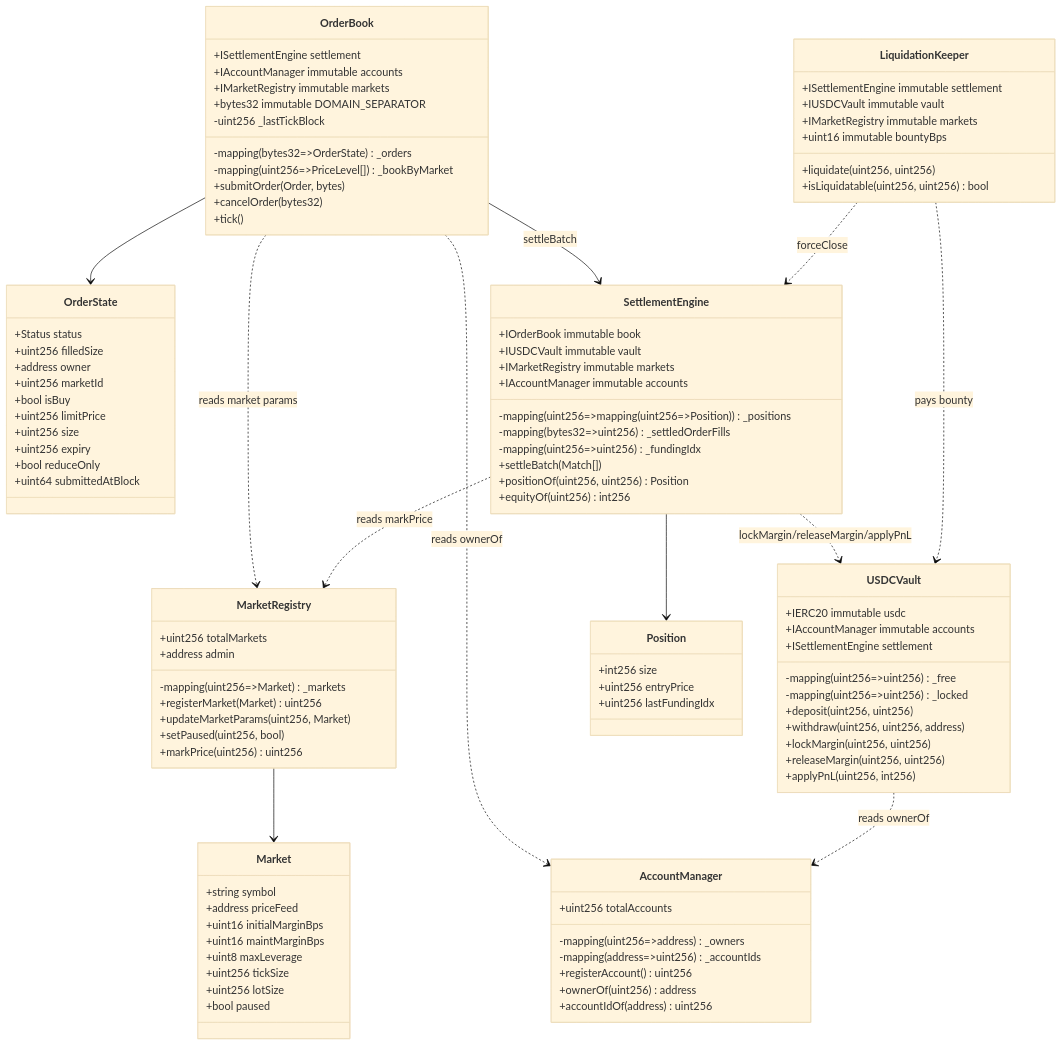
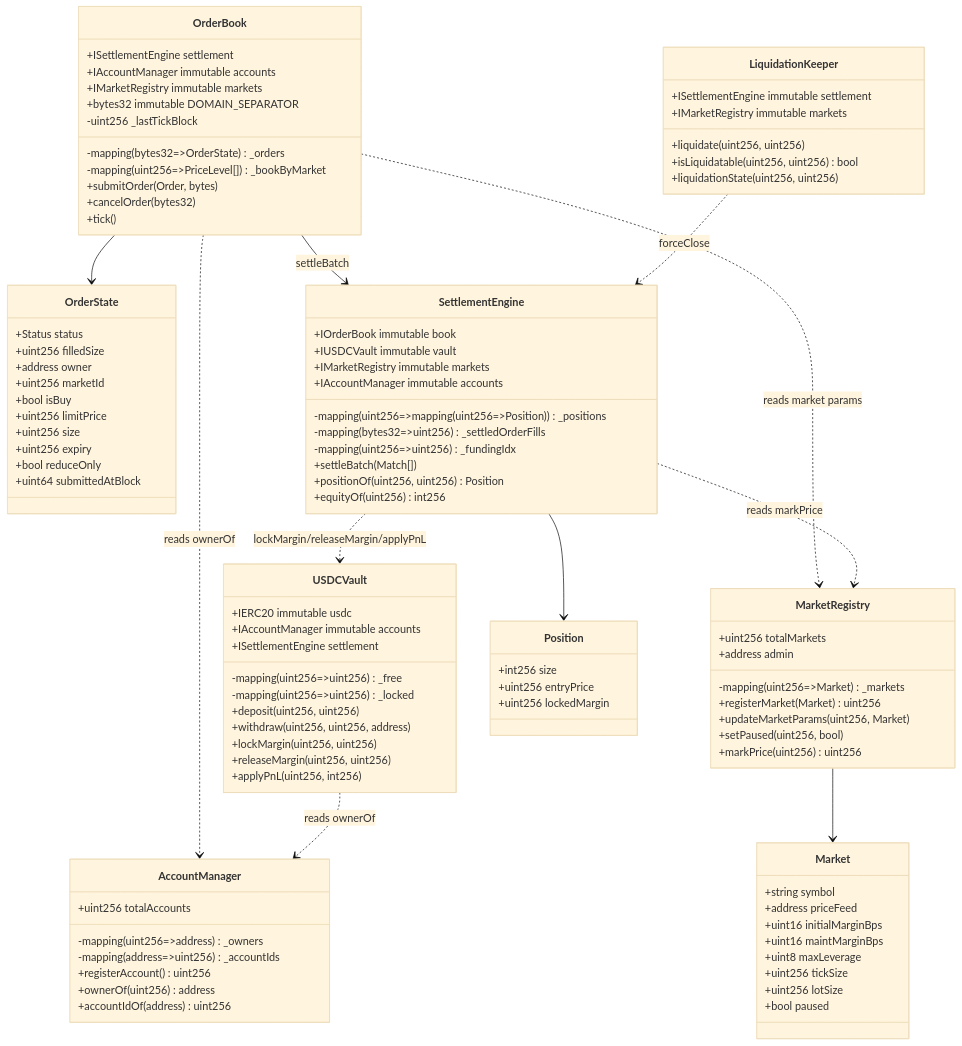
Before and after one commit to JagritGumber/tangent: the eighth of 9 diagrams in ARCHITECTURE.md, drawn with Mermaid (base theme). The commit also changed other lines of this file and 11 other files, not shown here.

Commit message:
Add minimal liquidation keeper

````diff
--- a/ARCHITECTURE.md
+++ b/ARCHITECTURE.md
@@ -511,16 +507,15 @@
     class Position {
         +int256 size
         +uint256 entryPrice
-        +uint256 lastFundingIdx
+        +uint256 lockedMargin
     }
 
     class LiquidationKeeper {
         +ISettlementEngine immutable settlement
-        +IUSDCVault immutable vault
         +IMarketRegistry immutable markets
-        +uint16 immutable bountyBps
         +liquidate(uint256, uint256)
         +isLiquidatable(uint256, uint256) bool
+        +liquidationState(uint256, uint256)
     }
 
     MarketRegistry --> Market
@@ -533,5 +528,4 @@
     SettlementEngine ..> MarketRegistry : reads markPrice
     USDCVault ..> AccountManager : reads ownerOf
     LiquidationKeeper ..> SettlementEngine : forceClose
-    LiquidationKeeper ..> USDCVault : pays bounty
 ```
````
